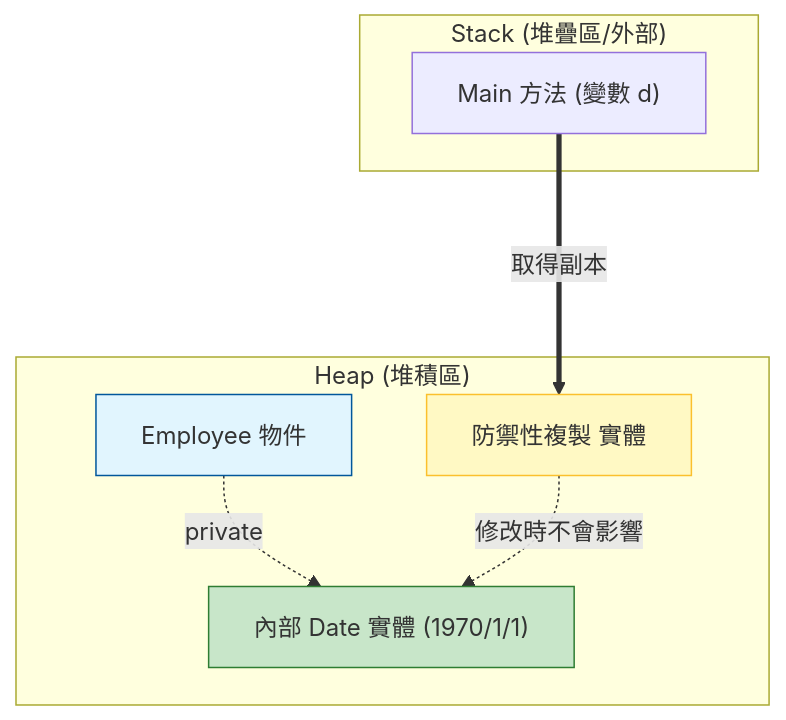
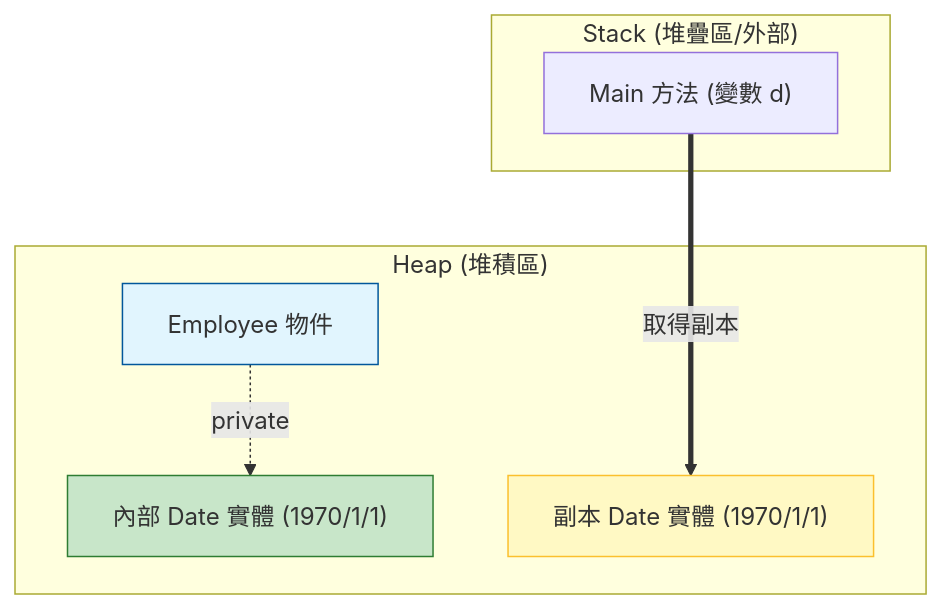
The fifth of 5 diagrams in Part1-OOP/ch01_obp.md (nlhsueh/teach_sw_fw), drawn with Mermaid before and after one commit. The commit also changed other lines of this file, not shown here.

Commit message:
Update Pass by Value diagrams to vertical (TD) layout

````diff
--- a/Part1-OOP/ch01_obp.md
+++ b/Part1-OOP/ch01_obp.md
@@ -956,20 +954,19 @@
 ```mermaid
 graph TD
     subgraph "Heap (堆積區)"
         emp["Employee 物件"]
         orig_date["內部 Date 實體 (1970/1/1)"]
-        copy_date["防禦性複製 實體"]
+        copy_date["副本 Date 實體 (1970/1/1)"]
         emp -.->|private| orig_date
     end
 
     subgraph "Stack (堆疊區/外部)"
         main["Main 方法 (變數 d)"]
     end
 
     main ===>|取得副本| copy_date
-    copy_date -.->|修改時不會影響| orig_date
     
     style orig_date fill:#c8e6c9,stroke:#2e7d32
     style copy_date fill:#fff9c4,stroke:#fbc02d
     style emp fill:#e1f5fe,stroke:#01579b
 ```
````
